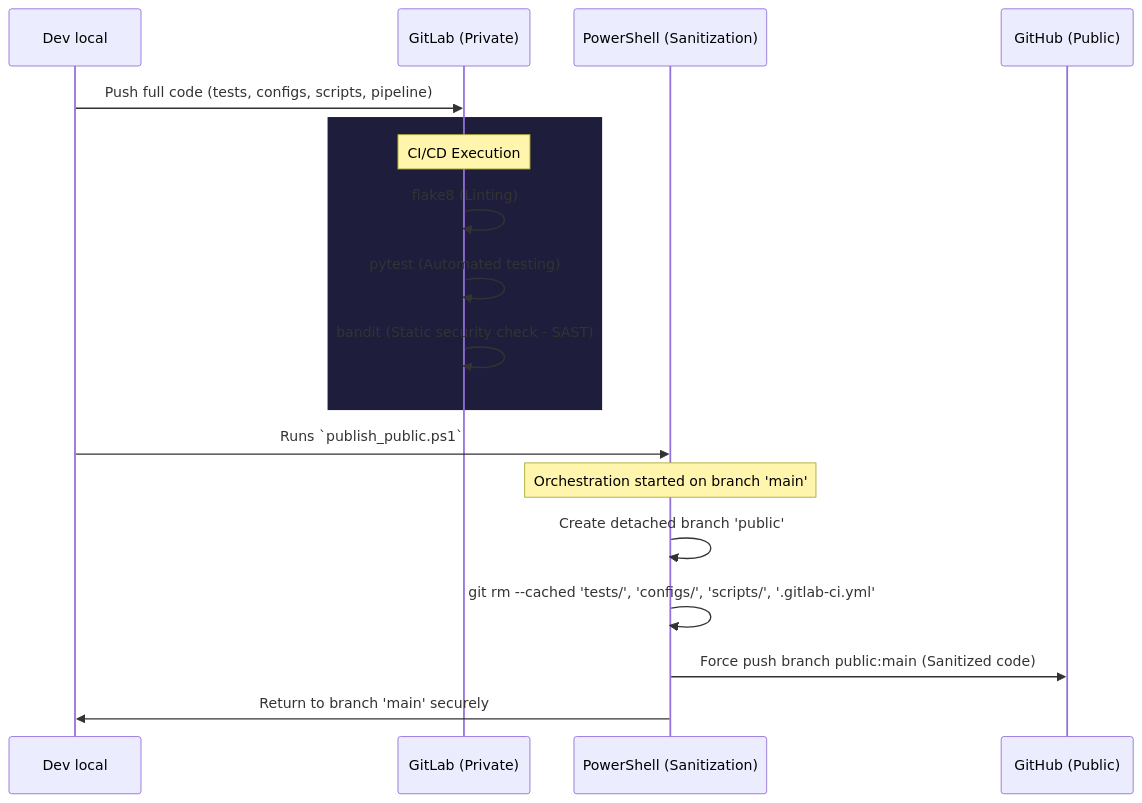
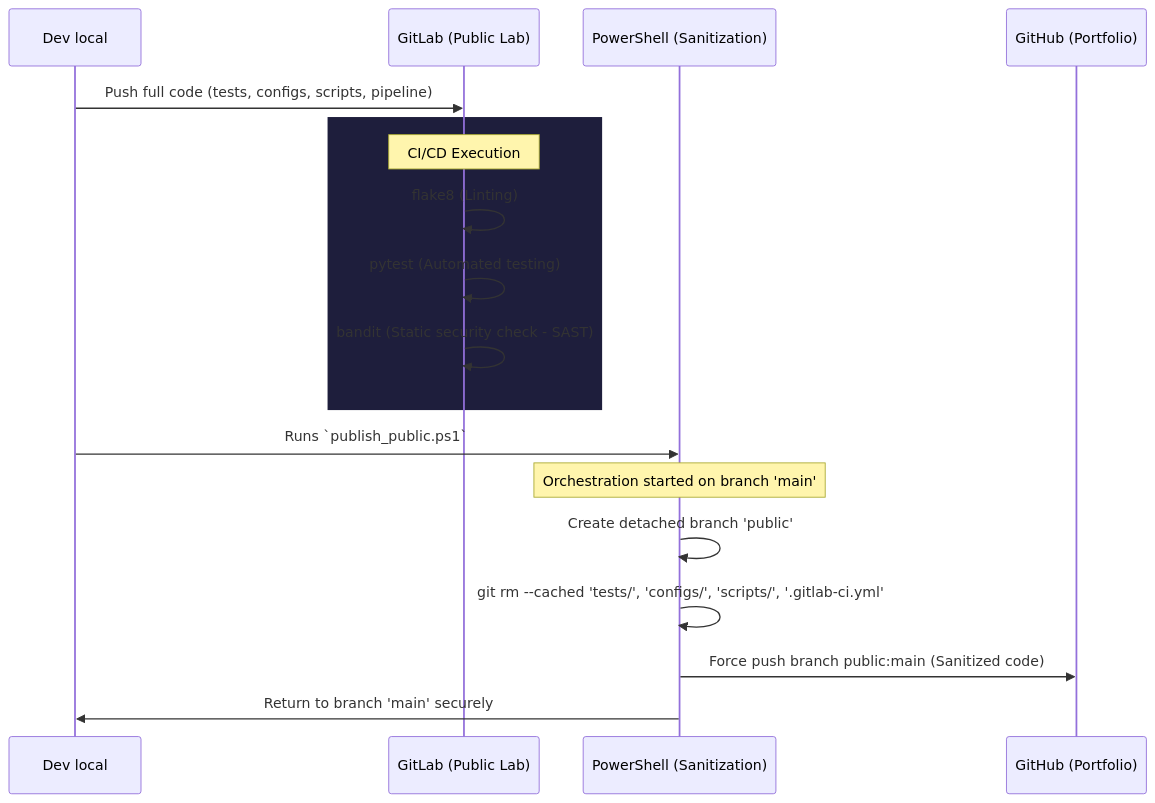
The second of 3 diagrams in diagrams/architecture.md (devsebastian44/Host-Scan), drawn with Mermaid before and after one commit. The commit also changed other lines of this file and 4 other files, not shown here.

Commit message:
docs: update repository flow to reflect public gitlab lab

````diff
--- a/diagrams/architecture.md
+++ b/diagrams/architecture.md
@@ -35,22 +35,22 @@
 ```mermaid
 sequenceDiagram
     participant Dev local
-    participant GitLab (Private)
+    participant GitLab (Public Lab)
     participant PowerShell (Sanitization)
-    participant GitHub (Public)
+    participant GitHub (Portfolio)
 
-    Dev local->>GitLab (Private): Push full code (tests, configs, scripts, pipeline)
+    Dev local->>GitLab (Public Lab): Push full code (tests, configs, scripts, pipeline)
     rect rgb(30, 30, 60)
-    Note over GitLab (Private): CI/CD Execution
-    GitLab (Private)->>GitLab (Private): flake8 (Linting)
-    GitLab (Private)->>GitLab (Private): pytest (Automated testing)
-    GitLab (Private)->>GitLab (Private): bandit (Static security check - SAST)
+    Note over GitLab (Public Lab): CI/CD Execution
+    GitLab (Public Lab)->>GitLab (Public Lab): flake8 (Linting)
+    GitLab (Public Lab)->>GitLab (Public Lab): pytest (Automated testing)
+    GitLab (Public Lab)->>GitLab (Public Lab): bandit (Static security check - SAST)
     end
     
     Dev local->>PowerShell (Sanitization): Runs `publish_public.ps1`
     Note over PowerShell (Sanitization): Orchestration started on branch 'main'
     PowerShell (Sanitization)->>PowerShell (Sanitization): Create detached branch 'public'
     PowerShell (Sanitization)->>PowerShell (Sanitization): git rm --cached 'tests/', 'configs/', 'scripts/', '.gitlab-ci.yml'
-    PowerShell (Sanitization)->>GitHub (Public): Force push branch public:main (Sanitized code)
+    PowerShell (Sanitization)->>GitHub (Portfolio): Force push branch public:main (Sanitized code)
     PowerShell (Sanitization)->>Dev local: Return to branch 'main' securely
 ```
````
